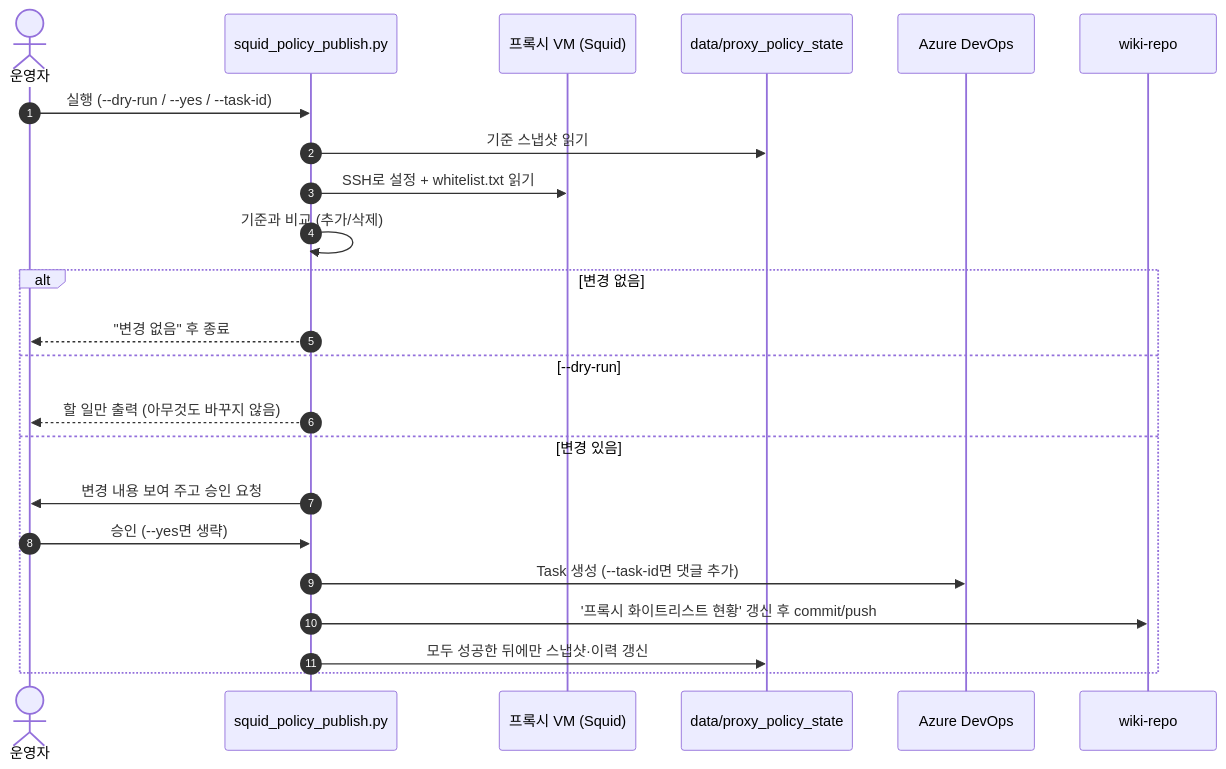
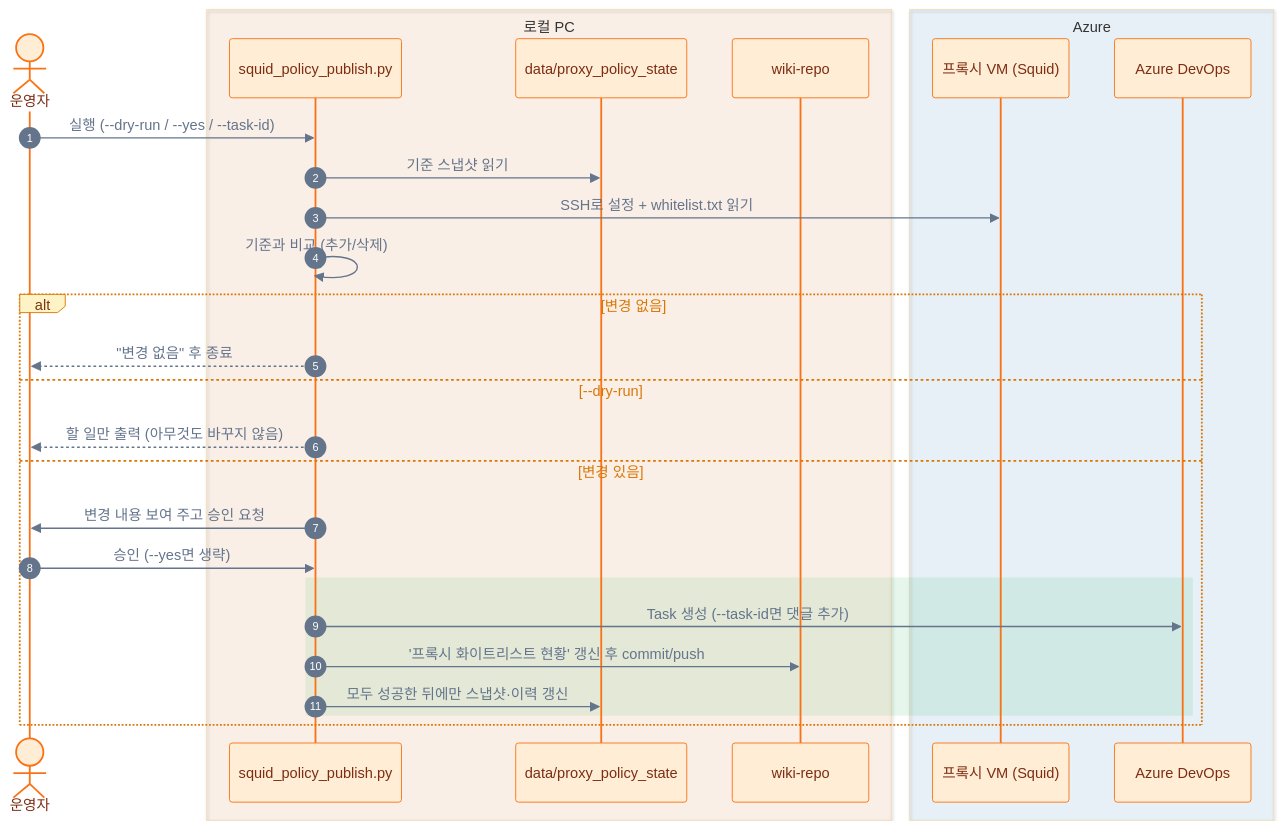
Before and after one commit to pcmola/ai-master: the fifth of 6 diagrams in README.md, drawn with Mermaid. The commit also changed other lines of this file, not shown here.

````diff
--- a/README.md
+++ b/README.md
@@ -199,26 +258,33 @@
 ```mermaid
+%%{init: {"theme": "base", "themeVariables": {"actorBkg": "#FFEDD5", "actorBorder": "#F97316", "actorTextColor": "#7C2D12", "actorLineColor": "#F97316", "signalColor": "#64748B", "signalTextColor": "#64748B", "labelBoxBkgColor": "#FEF3C7", "labelBoxBorderColor": "#D97706", "labelTextColor": "#78350F", "loopTextColor": "#D97706", "sequenceNumberColor": "#FFFFFF", "noteBkgColor": "#FEF9C3"}}}%%
 sequenceDiagram
     autonumber
     actor 운영자
-    participant P as squid_policy_publish.py
-    participant VM as 프록시 VM (Squid)
-    participant S as data/proxy_policy_state
-    participant D as Azure DevOps
-    participant W as wiki-repo
+    box rgba(249, 115, 22, 0.08) 로컬 PC
+        participant P as squid_policy_publish.py
+        participant S as data/proxy_policy_state
+        participant W as wiki-repo
+    end
+    box rgba(2, 132, 199, 0.08) Azure
+        participant VM as 프록시 VM (Squid)
+        participant D as Azure DevOps
+    end
 
     운영자->>P: 실행 (--dry-run / --yes / --task-id)
     P->>S: 기준 스냅샷 읽기
     P->>VM: SSH로 설정 + whitelist.txt 읽기
     P->>P: 기준과 비교 (추가/삭제)
     alt 변경 없음
         P-->>운영자: "변경 없음" 후 종료
     else --dry-run
         P-->>운영자: 할 일만 출력 (아무것도 바꾸지 않음)
     else 변경 있음
         P->>운영자: 변경 내용 보여 주고 승인 요청
         운영자->>P: 승인 (--yes면 생략)
-        P->>D: Task 생성 (--task-id면 댓글 추가)
-        P->>W: '프록시 화이트리스트 현황' 갱신 후 commit/push
-        P->>S: 모두 성공한 뒤에만 스냅샷·이력 갱신
+        rect rgba(22, 163, 74, 0.1)
+            P->>D: Task 생성 (--task-id면 댓글 추가)
+            P->>W: '프록시 화이트리스트 현황' 갱신 후 commit/push
+            P->>S: 모두 성공한 뒤에만 스냅샷·이력 갱신
+        end
     end
 ```
````
